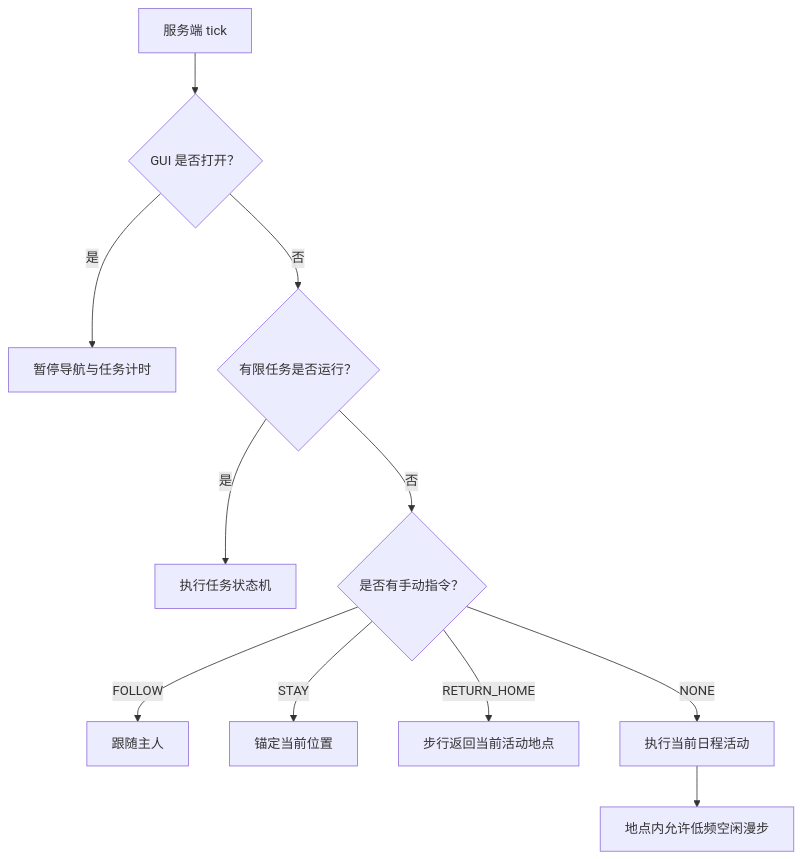
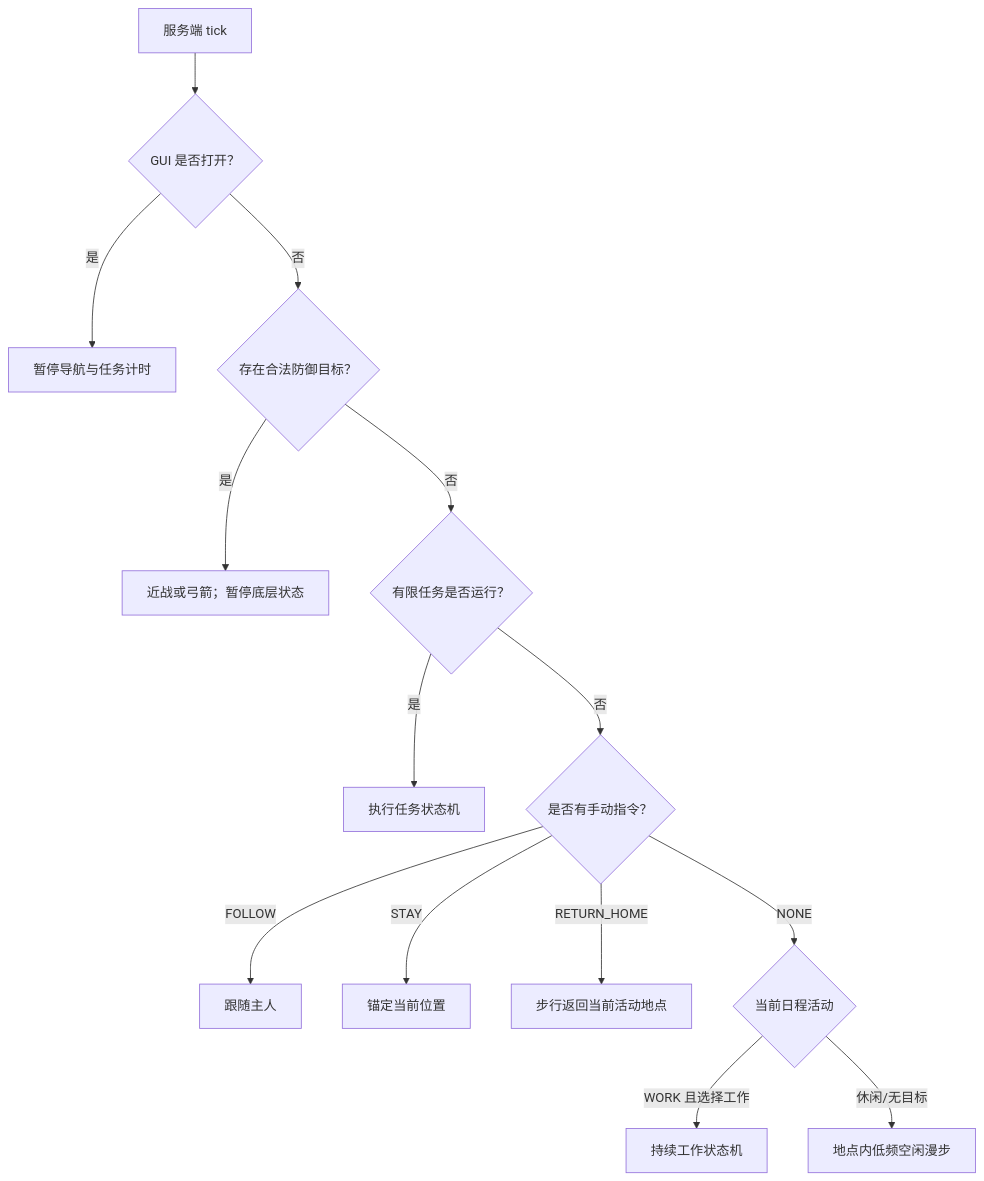
The second of 11 diagrams in docs/ARCHITECTURE.md (ozozorz/ai-partner), drawn with Mermaid before and after one commit. The commit also changed other lines of this file and 84 other files, not shown here.

````diff
--- a/docs/ARCHITECTURE.md
+++ b/docs/ARCHITECTURE.md
@@ -132,13 +167,16 @@
 ```mermaid
 flowchart TD
     Tick["服务端 tick"] --> Gui{"GUI 是否打开？"}
     Gui -- 是 --> Pause["暂停导航与任务计时"]
-    Gui -- 否 --> Finite{"有限任务是否运行？"}
+    Gui -- 否 --> Combat{"存在合法防御目标？"}
+    Combat -- 是 --> Fight["近战或弓箭；暂停底层状态"]
+    Combat -- 否 --> Finite{"有限任务是否运行？"}
     Finite -- 是 --> Task["执行任务状态机"]
     Finite -- 否 --> Manual{"是否有手动指令？"}
     Manual -- FOLLOW --> Follow["跟随主人"]
     Manual -- STAY --> Stay["锚定当前位置"]
     Manual -- RETURN_HOME --> Home["步行返回当前活动地点"]
-    Manual -- NONE --> Scheduled["执行当前日程活动"]
-    Scheduled --> Ambient["地点内允许低频空闲漫步"]
+    Manual -- NONE --> Scheduled{"当前日程活动"}
+    Scheduled -- WORK 且选择工作 --> Work["持续工作状态机"]
+    Scheduled -- 休闲/无目标 --> Ambient["地点内低频空闲漫步"]
 ```
````
